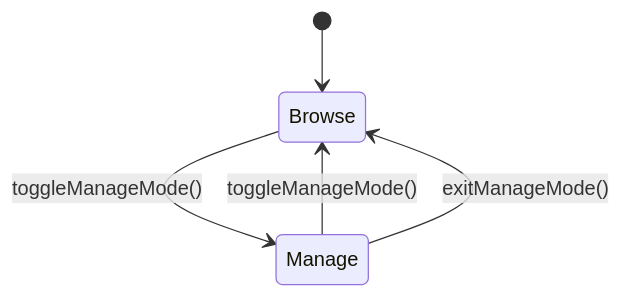
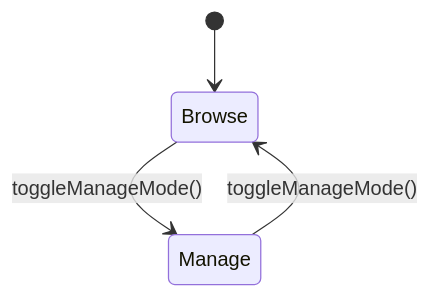
Before and after one commit to matthiasn/lotti: the ninth of 13 diagrams in lib/features/tasks/README.md, drawn with Mermaid. The commit also changed other lines of this file and 43 other files, not shown here.

````diff
--- a/lib/features/tasks/README.md
+++ b/lib/features/tasks/README.md
@@ -382,7 +387,6 @@
 ```mermaid
 stateDiagram-v2
   [*] --> Browse
   Browse --> Manage: toggleManageMode()
   Manage --> Browse: toggleManageMode()
-  Manage --> Browse: exitManageMode()
 ```
````
